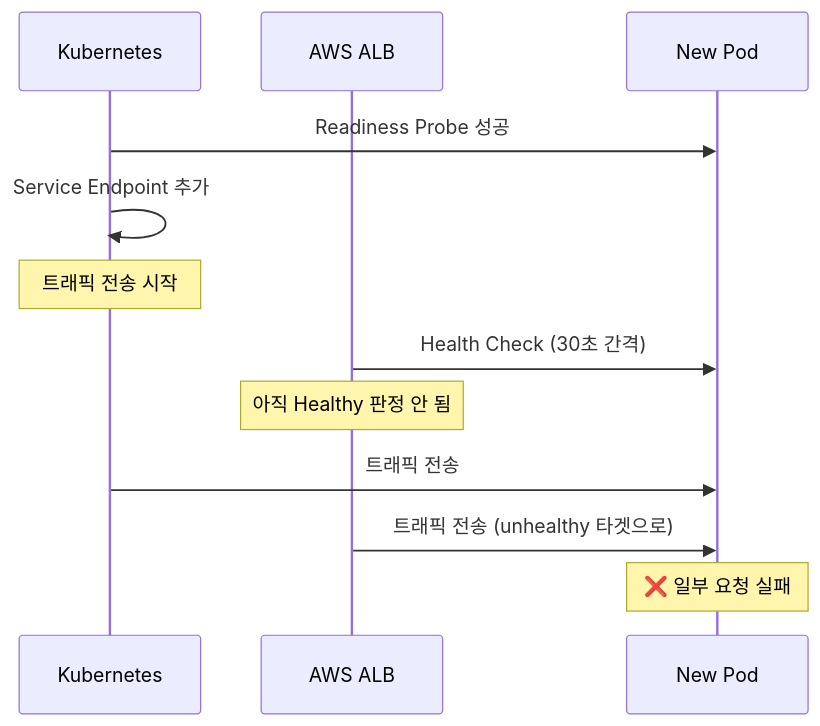
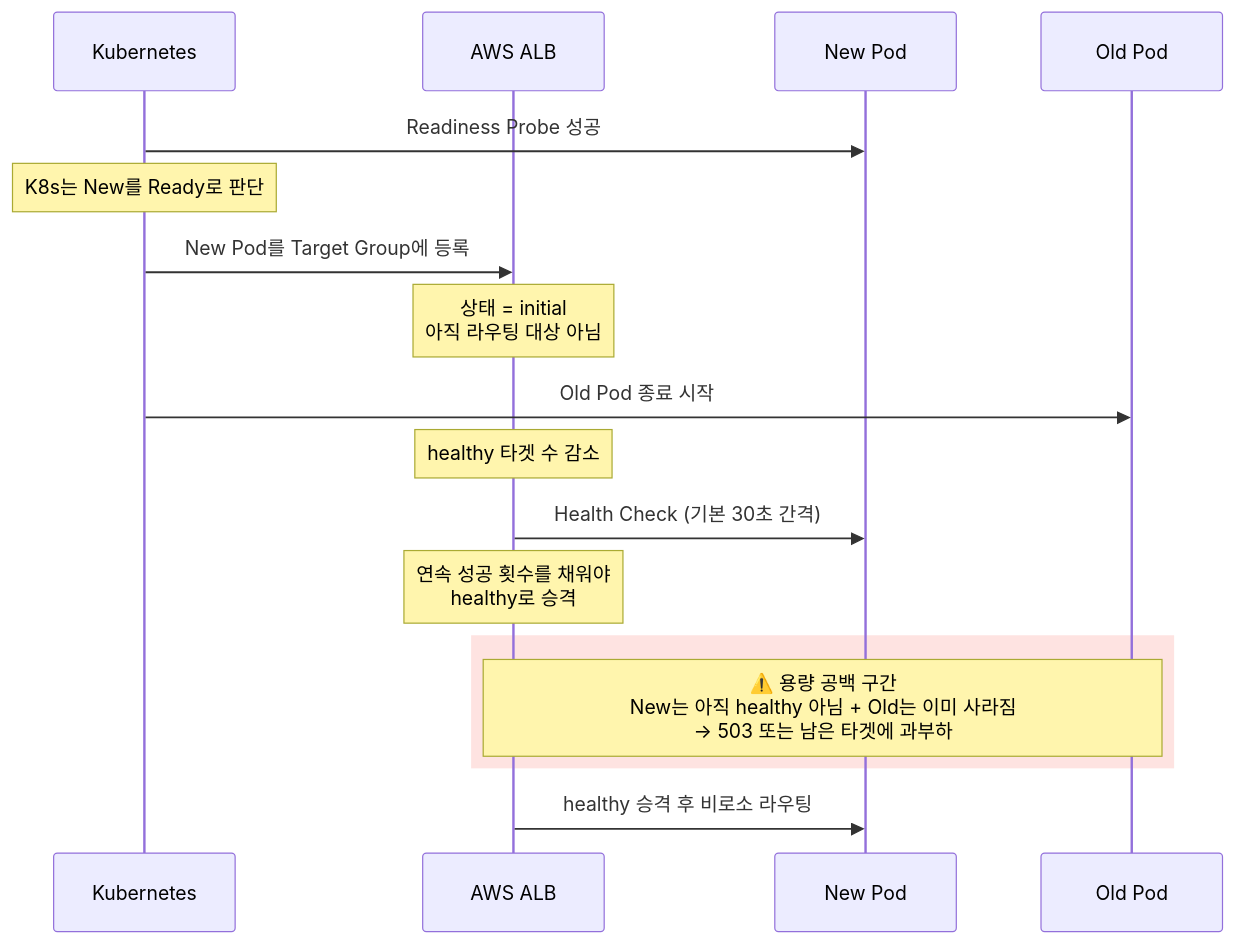
One commit to sskim91/TIL changed the eighth of 10 diagrams in kubernetes/Kubernetes-Deployment-Strategy.md. Above: the diagram before and after it, drawn with Mermaid. The commit also changed other lines of this file and 3 other files, not shown here.

````diff
--- a/kubernetes/Kubernetes-Deployment-Strategy.md
+++ b/kubernetes/Kubernetes-Deployment-Strategy.md
@@ -710,17 +790,25 @@
 ```mermaid
 sequenceDiagram
     participant K8s as Kubernetes
     participant ALB as AWS ALB
-    participant Pod as New Pod
+    participant New as New Pod
+    participant Old as Old Pod
 
-    K8s->>Pod: Readiness Probe 성공
-    K8s->>K8s: Service Endpoint 추가
-    Note over K8s: 트래픽 전송 시작
+    K8s->>New: Readiness Probe 성공
+    Note over K8s: K8s는 New를 Ready로 판단
 
-    ALB->>Pod: Health Check (30초 간격)
-    Note over ALB: 아직 Healthy 판정 안 됨
+    K8s->>ALB: New Pod를 Target Group에 등록
+    Note over ALB: 상태 = initial<br>아직 라우팅 대상 아님
 
-    K8s->>Pod: 트래픽 전송
-    ALB->>Pod: 트래픽 전송 (unhealthy 타겟으로)
-    Note over Pod: ❌ 일부 요청 실패
+    K8s->>Old: Old Pod 종료 시작
+    Note over ALB: healthy 타겟 수 감소
+
+    ALB->>New: Health Check (기본 30초 간격)
+    Note over ALB: 연속 성공 횟수를 채워야<br>healthy로 승격
+
+    rect rgba(244, 67, 54, 0.15)
+        Note over ALB,Old: ⚠️ 용량 공백 구간<br>New는 아직 healthy 아님 + Old는 이미 사라짐<br>→ 503 또는 남은 타겟에 과부하
+    end
+
+    ALB->>New: healthy 승격 후 비로소 라우팅
 ```
````
